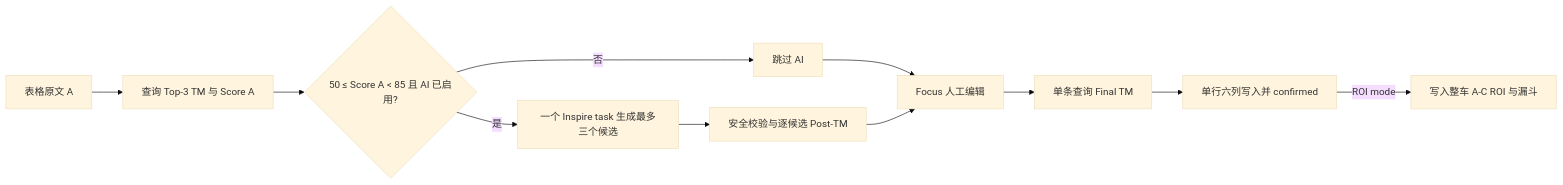
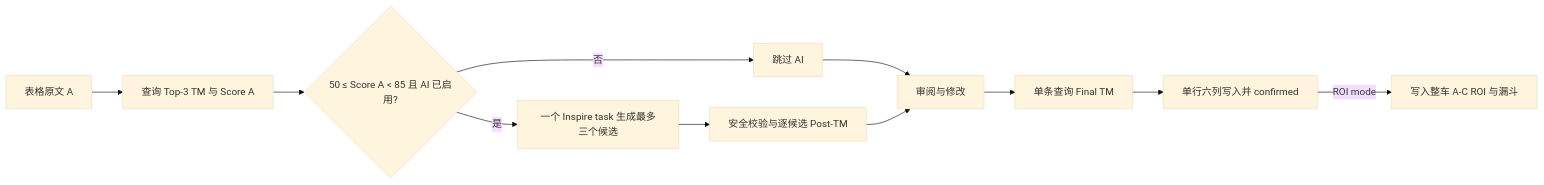
One commit to TRUSOGEN/l10n-tm-companion changed the diagram in docs/user-guide.md. Above: the diagram before and after it, drawn with Mermaid (base theme). The commit also changed other lines of this file and 28 other files, not shown here.

````diff
--- a/docs/user-guide.md
+++ b/docs/user-guide.md
@@ -5,13 +5,13 @@
 ```mermaid
 flowchart LR
   A[表格原文 A] --> TM1[查询 Top-3 TM 与 Score A]
   TM1 --> D{50 ≤ Score A < 85 且 AI 已启用?}
   D -->|是| B[一个 Inspire task 生成最多三个候选]
   D -->|否| F[跳过 AI]
   B --> SAFE[安全校验与逐候选 Post-TM]
-  F --> FOCUS[Focus 人工编辑]
+  F --> FOCUS[审阅与修改]
   SAFE --> FOCUS
   FOCUS --> TM3[单条查询 Final TM]
   TM3 --> SHEET[单行六列写入并 confirmed]
   SHEET -->|ROI mode| ROI[写入整车 A-C ROI 与漏斗]
 ```
````
